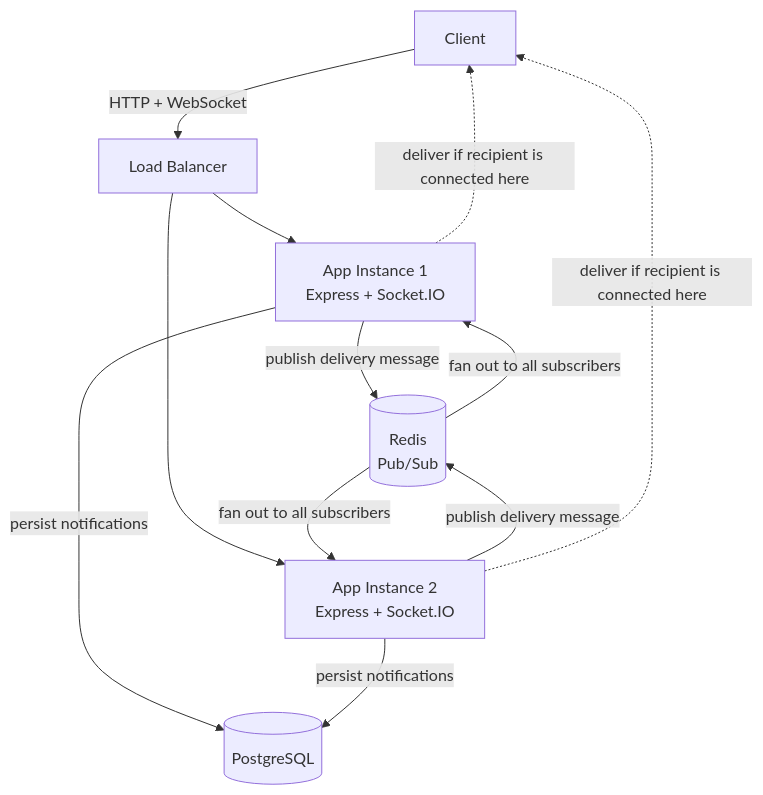
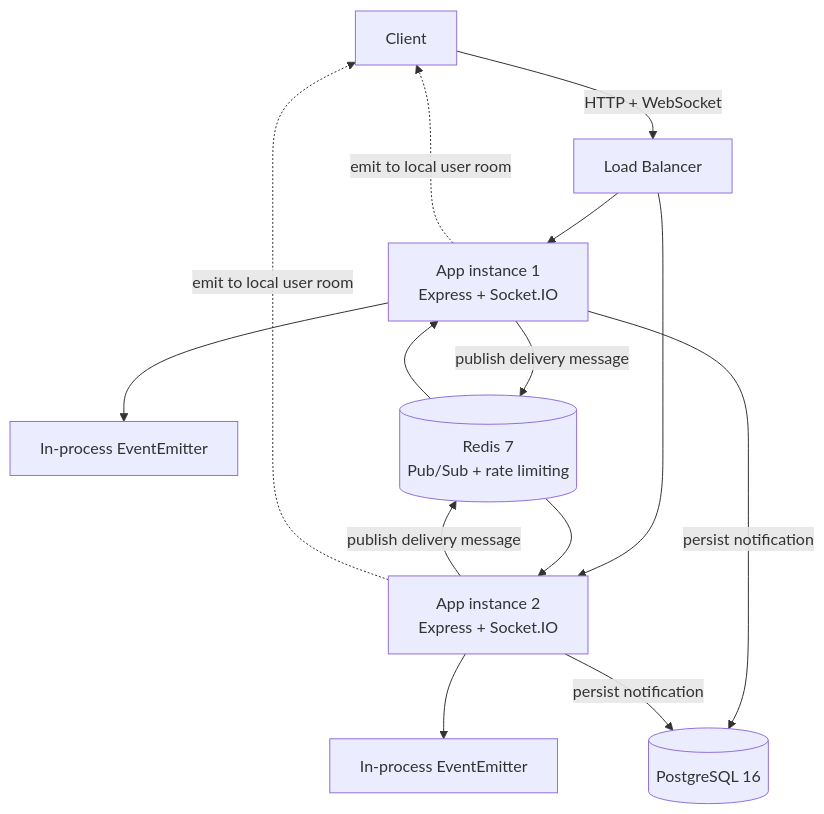
One commit to devanshjaincampaign-tech/pulse-notification-engine changed the first of 2 diagrams in README.md. Above: the diagram before and after it, drawn with Mermaid. The commit also changed other lines of this file, not shown here.

````diff
--- a/README.md
+++ b/README.md
@@ -46,21 +73,25 @@
 ```mermaid
 graph TB
     Client[Client]
     LB[Load Balancer]
-    App1[App Instance 1<br/>Express + Socket.IO]
-    App2[App Instance 2<br/>Express + Socket.IO]
-    PG[(PostgreSQL)]
-    Redis[(Redis<br/>Pub/Sub)]
+    App1[App instance 1<br/>Express + Socket.IO]
+    App2[App instance 2<br/>Express + Socket.IO]
+    Bus1[In-process EventEmitter]
+    Bus2[In-process EventEmitter]
+    PG[(PostgreSQL 16)]
+    Redis[(Redis 7<br/>Pub/Sub + rate limiting)]
 
     Client -->|HTTP + WebSocket| LB
     LB --> App1
     LB --> App2
-    App1 -->|persist notifications| PG
-    App2 -->|persist notifications| PG
+    App1 --> Bus1
+    App2 --> Bus2
+    App1 -->|persist notification| PG
+    App2 -->|persist notification| PG
     App1 -->|publish delivery message| Redis
     App2 -->|publish delivery message| Redis
-    Redis -->|fan out to all subscribers| App1
-    Redis -->|fan out to all subscribers| App2
-    App1 -.->|deliver if recipient is connected here| Client
-    App2 -.->|deliver if recipient is connected here| Client
+    Redis --> App1
+    Redis --> App2
+    App1 -.->|emit to local user room| Client
+    App2 -.->|emit to local user room| Client
 ```
````
